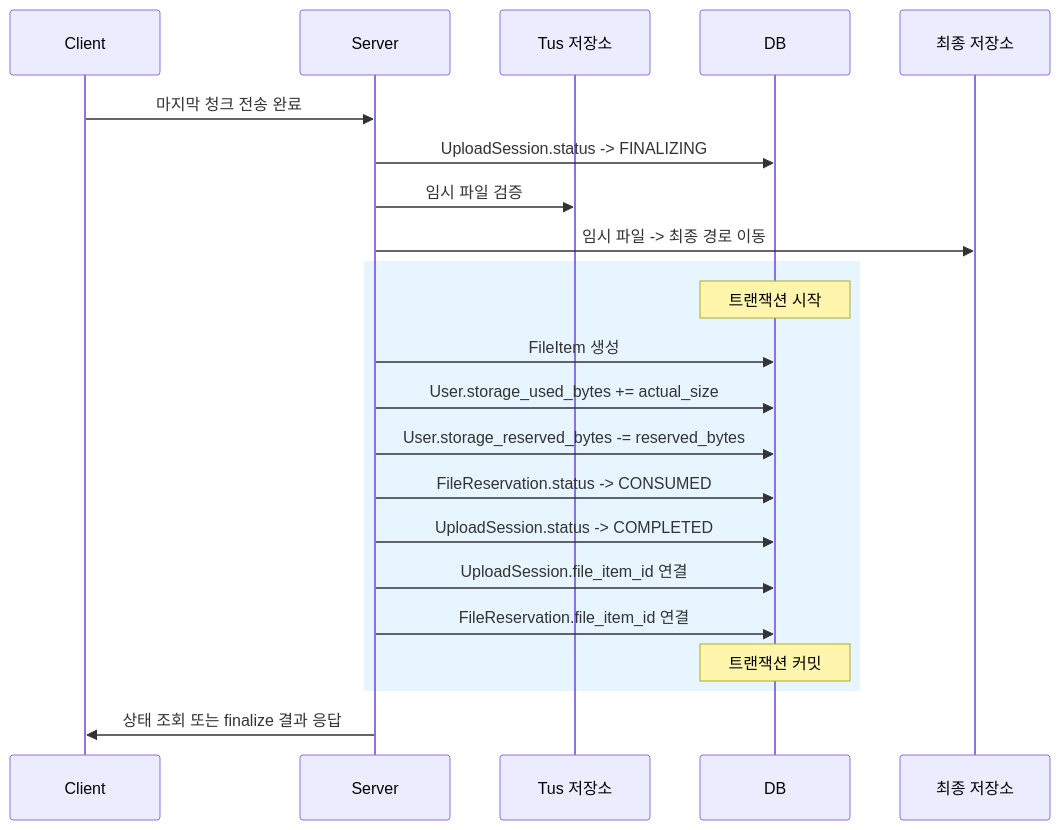
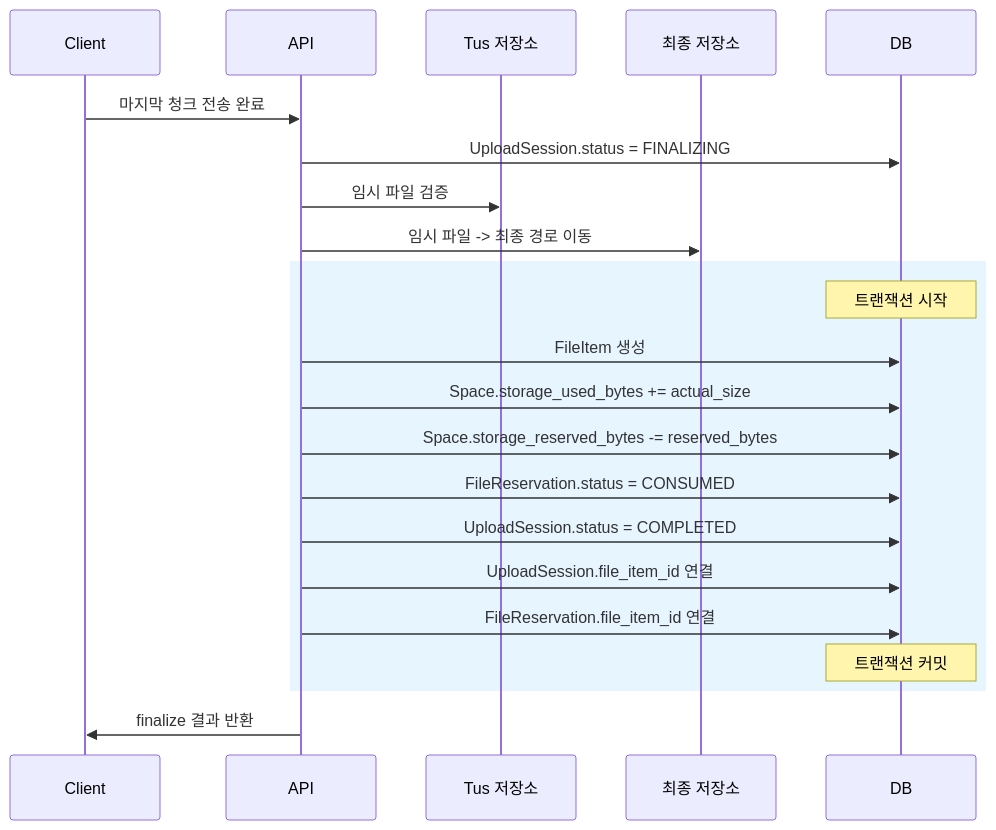
One commit to Cloud-Sharp/docs changed the fifth of 5 diagrams in docs/설계/db/설계.md. Above: the diagram before and after it, drawn with Mermaid. The commit also changed other lines of this file and 7 other files, not shown here.

````diff
--- a/docs/설계/db/설계.md
+++ b/docs/설계/db/설계.md
@@ -888,28 +875,28 @@
 ```mermaid
 sequenceDiagram
     participant Client
-    participant Server
+    participant API
     participant TusStore as Tus 저장소
+    participant Storage as 최종 저장소
     participant DB
-    participant Storage as 최종 저장소
 
-    Client->>Server: 마지막 청크 전송 완료
-    Server->>DB: UploadSession.status -> FINALIZING
+    Client->>API: 마지막 청크 전송 완료
+    API->>DB: UploadSession.status = FINALIZING
 
-    Server->>TusStore: 임시 파일 검증
-    Server->>Storage: 임시 파일 -> 최종 경로 이동
+    API->>TusStore: 임시 파일 검증
+    API->>Storage: 임시 파일 -> 최종 경로 이동
 
-    rect rgb(230, 245, 255)
+    rect rgb(230,245,255)
         Note over DB: 트랜잭션 시작
-        Server->>DB: FileItem 생성
-        Server->>DB: User.storage_used_bytes += actual_size
-        Server->>DB: User.storage_reserved_bytes -= reserved_bytes
-        Server->>DB: FileReservation.status -> CONSUMED
-        Server->>DB: UploadSession.status -> COMPLETED
-        Server->>DB: UploadSession.file_item_id 연결
-        Server->>DB: FileReservation.file_item_id 연결
+        API->>DB: FileItem 생성
+        API->>DB: Space.storage_used_bytes += actual_size
+        API->>DB: Space.storage_reserved_bytes -= reserved_bytes
+        API->>DB: FileReservation.status = CONSUMED
+        API->>DB: UploadSession.status = COMPLETED
+        API->>DB: UploadSession.file_item_id 연결
+        API->>DB: FileReservation.file_item_id 연결
         Note over DB: 트랜잭션 커밋
     end
 
-    Server->>Client: 상태 조회 또는 finalize 결과 응답
+    API->>Client: finalize 결과 반환
 ```
````
